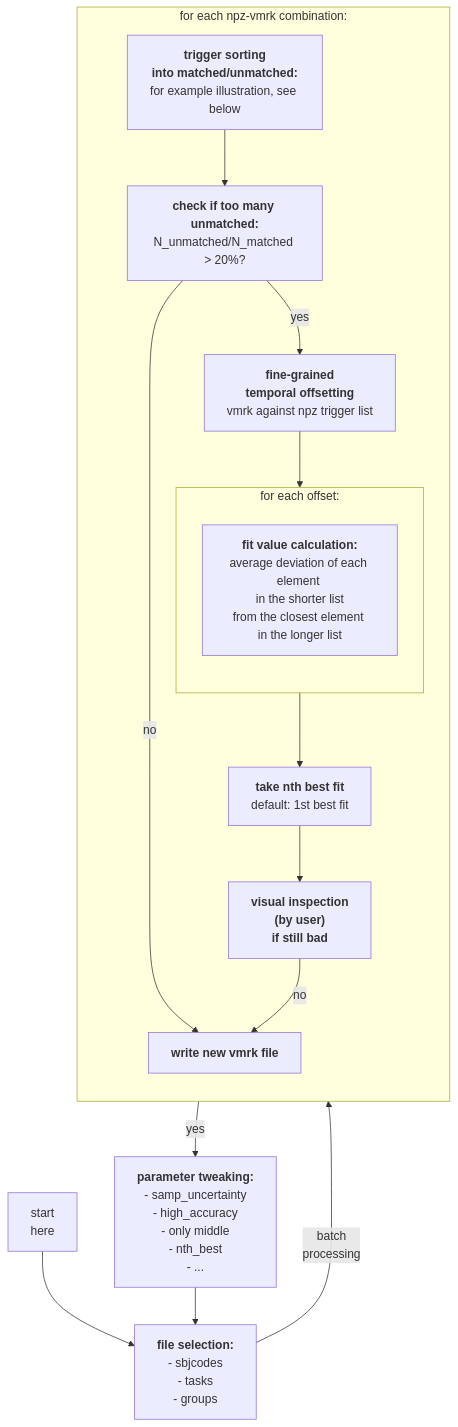
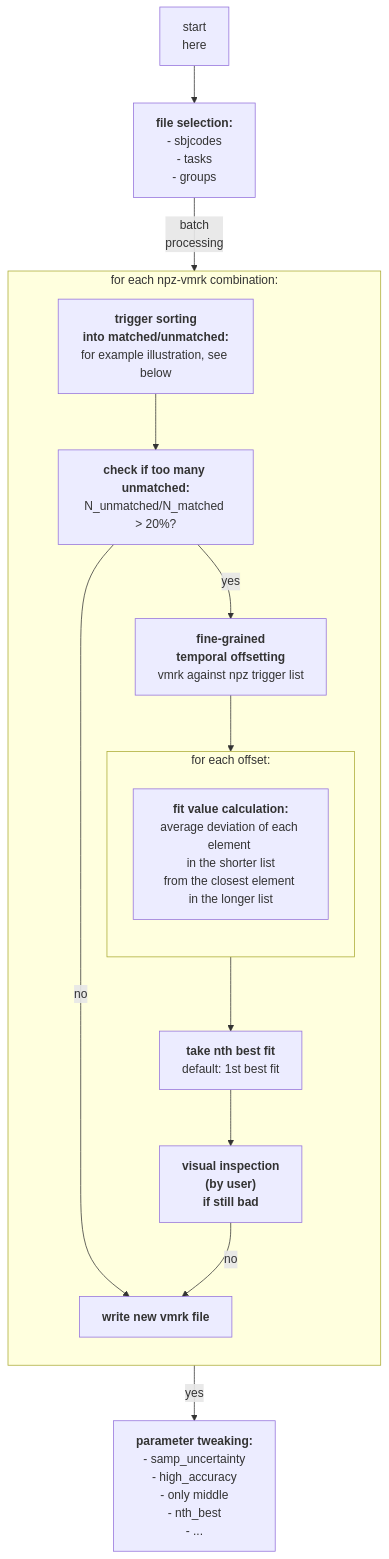
One commit to neuro-dream/Trigger-Fix changed the diagram in README.md. Above: the diagram before and after it, drawn with Mermaid.

````diff
--- a/README.md
+++ b/README.md
@@ -6,37 +6,37 @@
 ```mermaid
 %% (function: <a href='https://github.com/neurodream/Trigger-Fix/blob/main/trigfix/trigger_compare_functions.py#L92'>apply_fix</a>)
 
 graph TD;
     XX["start<br>here"]
     A["<b>file selection:</b><br>- sbjcodes<br> - tasks<br> - groups"]
     B["<b>trigger sorting<br>into matched/unmatched:</b><br>for example illustration, see below"]
     C["<b>check if too many unmatched:</b><br>N_unmatched/N_matched > 20%?"]
     D["<b>fine-grained <br>temporal offsetting</b><br>vmrk against npz trigger list"]
     E["<b>fit value calculation:</b><br>average deviation of each element <br> in the shorter list <br>from the closest element <br>in the longer list"]
     F["<b>take nth best fit</b><br>default: 1st best fit"]
     G["<b>write new vmrk file</b>"]
     H["<b>visual inspection <br>(by user) <br>if still bad</b>"]
     I["<b>parameter tweaking:</b><br>- samp_uncertainty<br>- high_accuracy<br>- only middle<br>- nth_best<br>- ..."]
 
 subgraph for_each_file_comb["for each npz-vmrk combination:"]
     direction TB
     B-->C;
     C-->|no|G;
     C-->|yes|D;
     subgraph for_each_offset["for each offset:"]
         direction TB
         E
     end
     D-->for_each_offset;
     for_each_offset-->F;
     F-->H;
     %% for_each_file_comb -- "until<br>all files<br>processed" --> for_each_file_comb;
     %% G--"until<br>all files<br>processed" --> for_each_file_comb;
     H-->|no|G;
 end
 
 XX-->A;
 A--"batch <br>processing"-->for_each_file_comb;
 H-->|yes|I;
-I-->A;
+%% I-->A;
 ```
````
